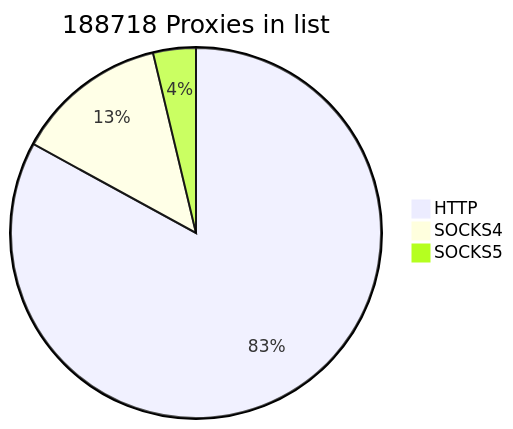
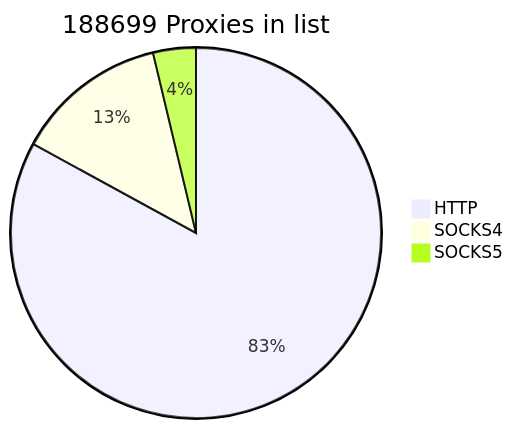
One commit to cutipu/proxylist changed the first of 2 diagrams in README.md. Above: the diagram before and after it, drawn with Mermaid. The commit also changed other lines of this file, not shown here.

````diff
--- a/README.md
+++ b/README.md
@@ -2,7 +2,7 @@
 ```mermaid
-pie title 188718 Proxies in list
-    "HTTP" : 156573
+pie title 188699 Proxies in list
+    "HTTP" : 156554
     "SOCKS4" : 25102
     "SOCKS5" : 7043
             
 ```
````
